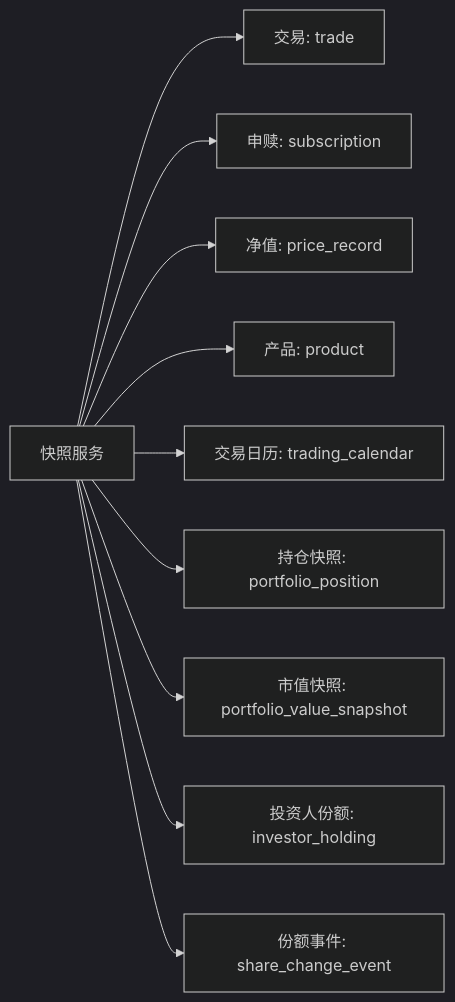
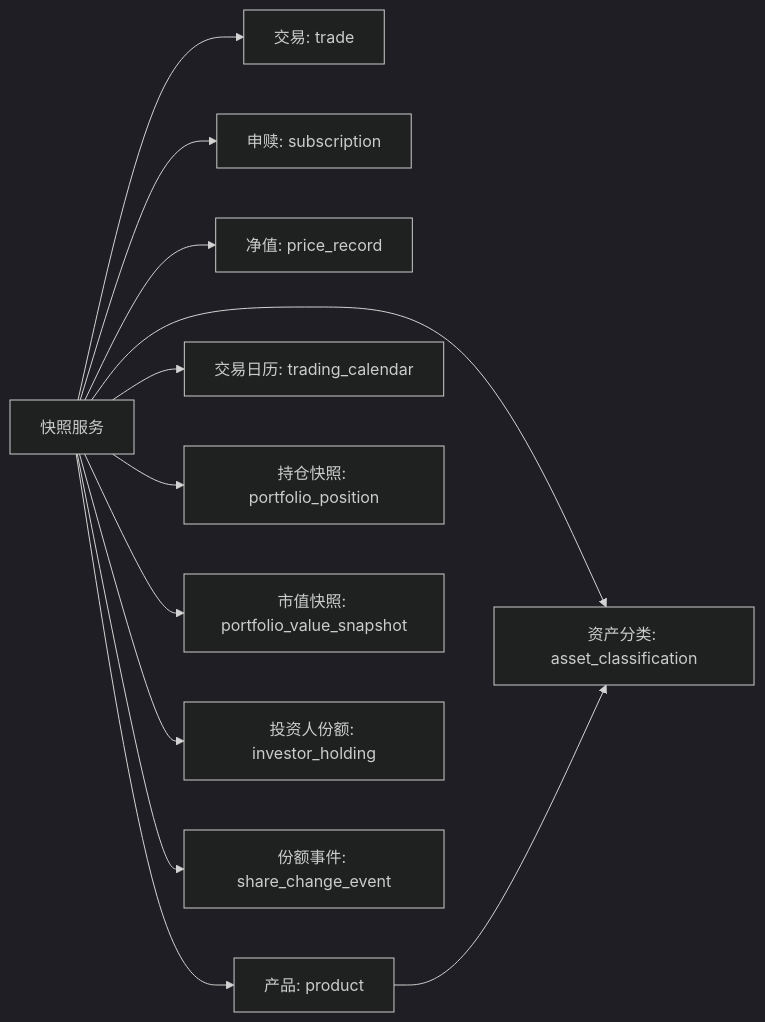
One commit to gujialind/InvestRing changed the fourth of 4 diagrams in .qoder/repowiki/zh/content/核心业务功能/净值快照系统.md. Above: the diagram before and after it, drawn with Mermaid (dark theme). The commit also changed other lines of this file and 44 other files, not shown here.

````diff
--- a/.qoder/repowiki/zh/content/核心业务功能/净值快照系统.md
+++ b/.qoder/repowiki/zh/content/核心业务功能/净值快照系统.md
@@ -280,12 +335,14 @@
 ```mermaid
 graph LR
 Service["快照服务"] --> Trade["交易: trade"]
 Service --> Sub["申赎: subscription"]
 Service --> Price["净值: price_record"]
 Service --> Prod["产品: product"]
 Service --> Cal["交易日历: trading_calendar"]
 Service --> Pos["持仓快照: portfolio_position"]
 Service --> Val["市值快照: portfolio_value_snapshot"]
 Service --> Hold["投资人份额: investor_holding"]
 Service --> Event["份额事件: share_change_event"]
+Service --> AssetClass["资产分类: asset_classification"]
+Prod --> AssetClass
 ```
````
